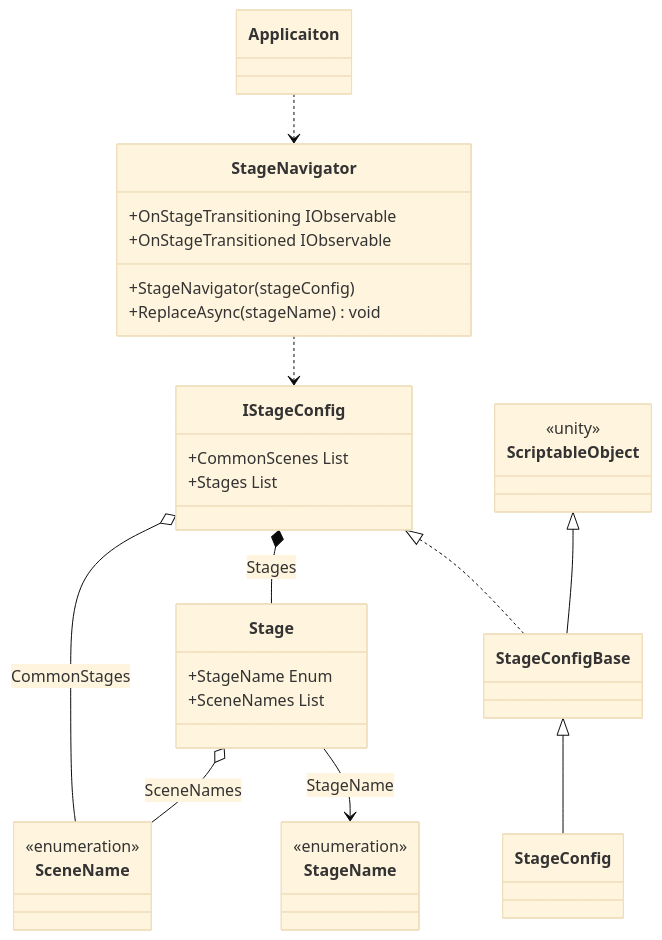
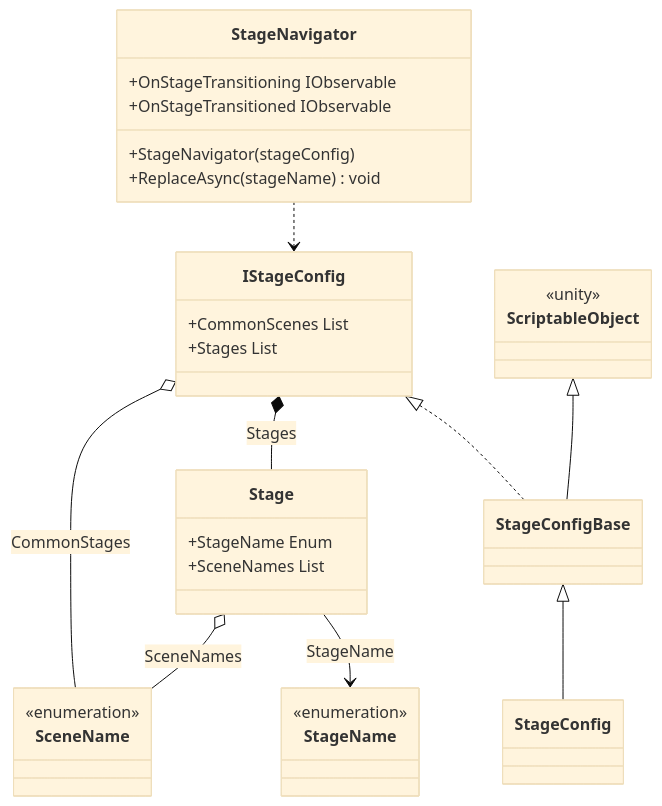
One commit to extreal-dev/Extreal.Guide changed the diagram in docs/core/stage-navigation.md. Above: the diagram before and after it, drawn with Mermaid (base theme). The commit also changed 1 other file, not shown here.

Commit message:
Usageで使い方を説明しているのでクラス図からApplicationを削除

````diff
--- a/docs/core/stage-navigation.md
+++ b/docs/core/stage-navigation.md
@@ -27,52 +27,48 @@
 ```mermaid
 classDiagram
 
-    Applicaiton ..> StageNavigator
     StageNavigator ..> IStageConfig
     IStageConfig <|.. StageConfigBase
     StageConfigBase <|-- StageConfig
     ScriptableObject <|-- StageConfigBase
     IStageConfig *-- Stage : Stages
     IStageConfig o-- SceneName : CommonStages
     Stage --> StageName : StageName
     Stage o-- SceneName : SceneNames
-
-    class Applicaiton {
-    }
 
     class StageName {
         <<enumeration>>
     }
 
     class SceneName {
         <<enumeration>>
     }
 
     class StageConfig {
     }
 
     class StageNavigator {
         +OnStageTransitioning IObservable
         +OnStageTransitioned IObservable
         +StageNavigator(stageConfig)
         +ReplaceAsync(stageName) void
     }
 
     class IStageConfig {
         +CommonScenes List
         +Stages List
     }
 
     class StageConfigBase {
         
     }
 
     class ScriptableObject {
         <<unity>>
     }
 
     class Stage {
         +StageName Enum
         +SceneNames List
     }
 ```
````
